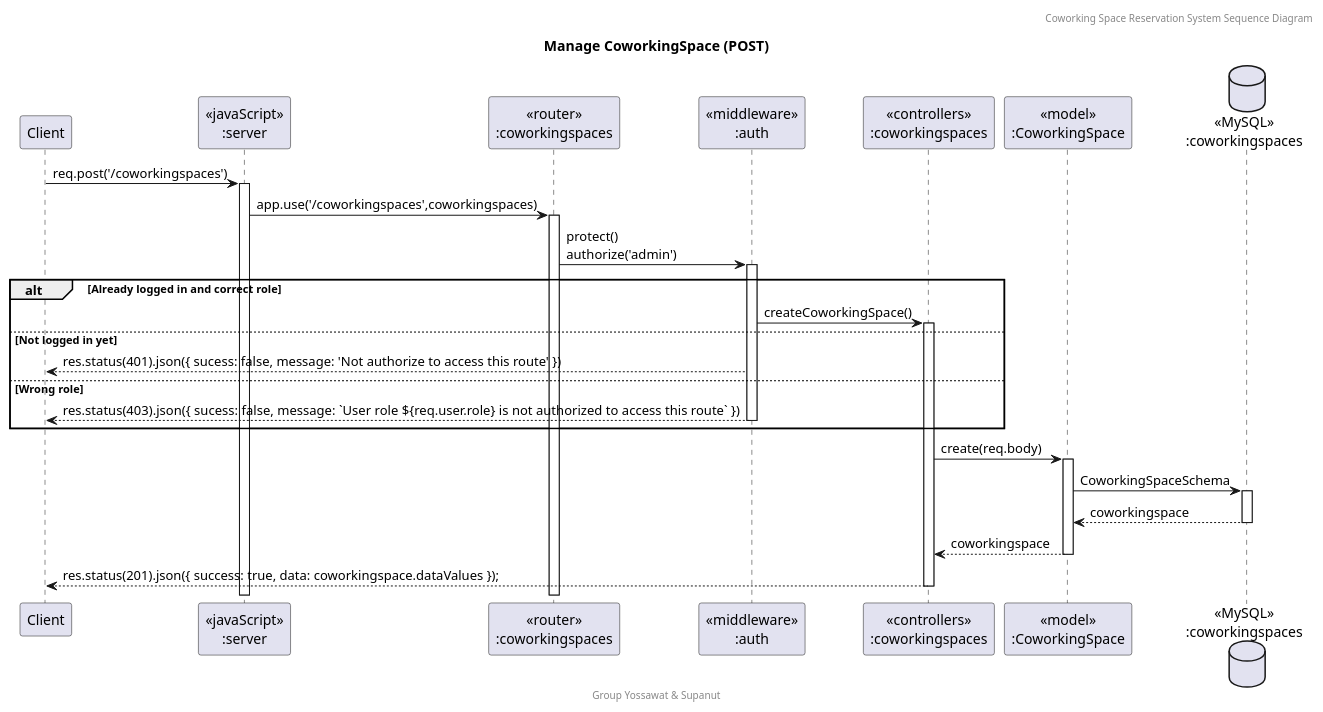
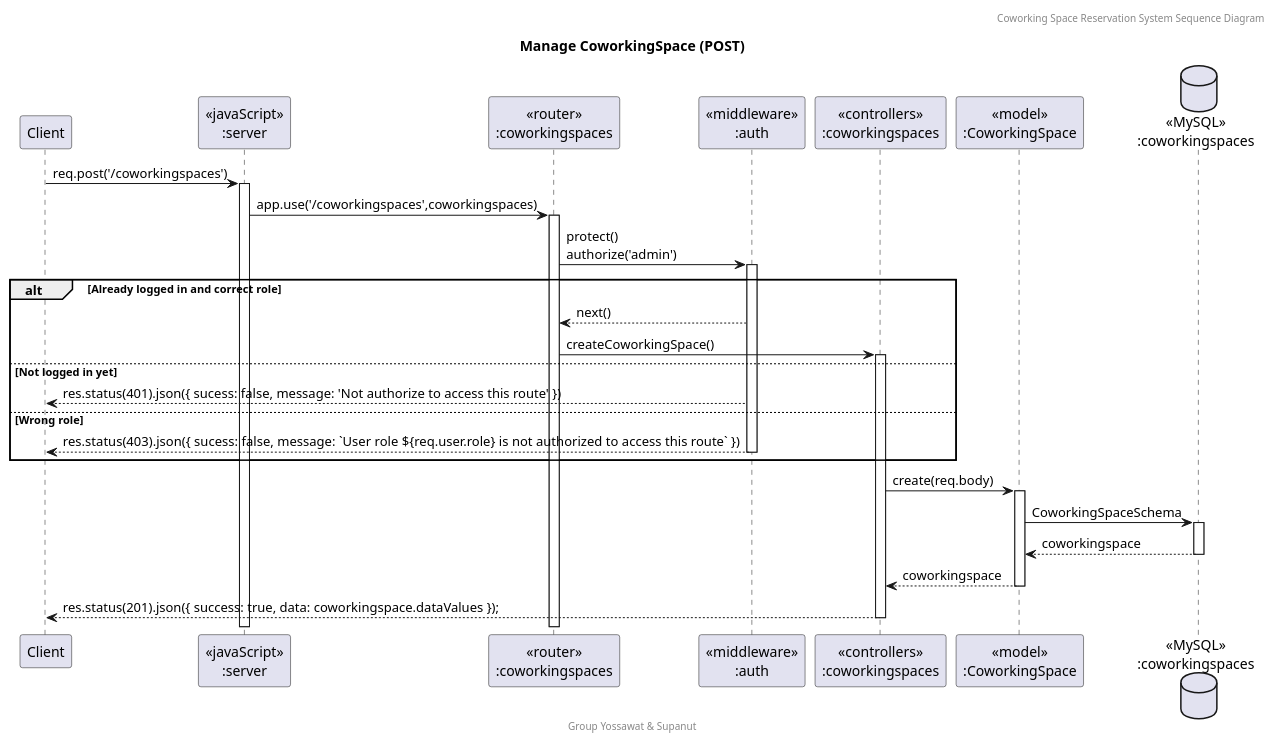
Before and after one commit to SupanutT/sw-dev-prac-project: the diagram in doc/Sequence Diagram/puml/Co_Post.puml, drawn with PlantUML. The commit also changed 7 other files, not shown here.

Commit message:
fix: sequence diagram

```diff
--- a/doc/Sequence Diagram/puml/Co_Post.puml
+++ b/doc/Sequence Diagram/puml/Co_Post.puml
@@ -1,31 +1,32 @@
 @startuml Manage CoworkingSpace (POST)
 
 header Coworking Space Reservation System Sequence Diagram
 footer Group Yossawat & Supanut
 title "Manage CoworkingSpace (POST)"
 
 participant "Client" as client
 participant "<<javaScript>>\n:server" as server
 participant "<<router>>\n:coworkingspaces" as routerCoworkingSpaces
 participant "<<middleware>>\n:auth" as middleware
 participant "<<controllers>>\n:coworkingspaces" as controllersCoworkingSpaces
 participant "<<model>>\n:CoworkingSpace" as modelCoworkingSpace
 database "<<MySQL>>\n:coworkingspaces" as CoworkingSpacesDatabase
 
 client->server ++:req.post('/coworkingspaces')
 server->routerCoworkingSpaces ++:app.use('/coworkingspaces',coworkingspaces)
 routerCoworkingSpaces -> middleware ++:protect()\nauthorize('admin')
 alt Already logged in and correct role
-    middleware -> controllersCoworkingSpaces ++: createCoworkingSpace()
+    middleware --> routerCoworkingSpaces : next()
+    routerCoworkingSpaces -> controllersCoworkingSpaces ++: createCoworkingSpace()
 else Not logged in yet
     middleware --> client : res.status(401).json({ sucess: false, message: 'Not authorize to access this route' })
 else Wrong role
     middleware --> client --: res.status(403).json({ sucess: false, message: `User role ${req.user.role} is not authorized to access this route` })
 end
 controllersCoworkingSpaces-> modelCoworkingSpace ++:create(req.body)
 modelCoworkingSpace -> CoworkingSpacesDatabase ++: CoworkingSpaceSchema
 CoworkingSpacesDatabase --> modelCoworkingSpace --: coworkingspace
 controllersCoworkingSpaces <-- modelCoworkingSpace --:coworkingspace
 controllersCoworkingSpaces --> client --: res.status(201).json({ success: true, data: coworkingspace.dataValues });
 
 @enduml
```
